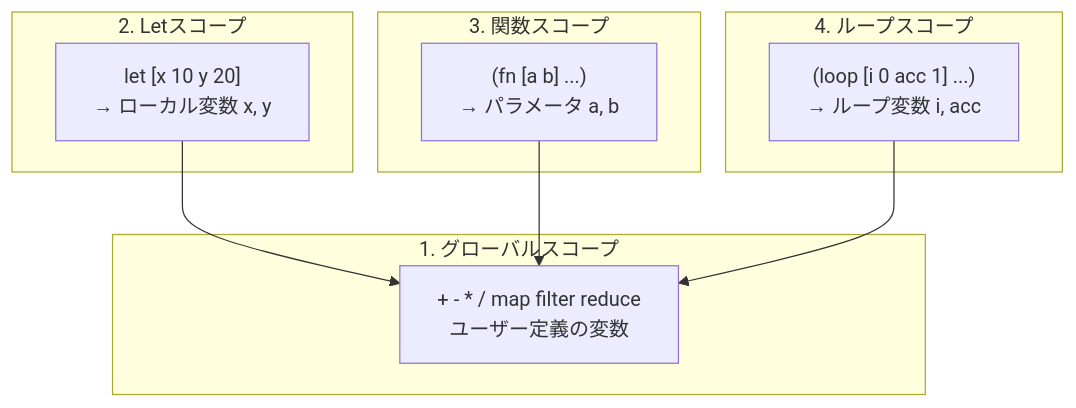
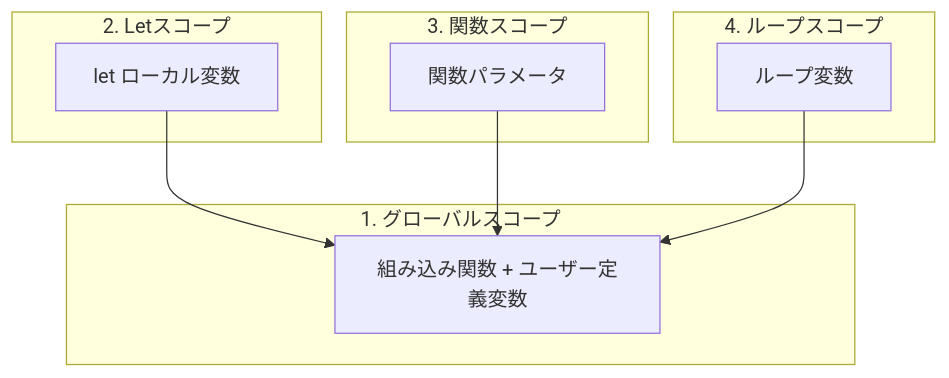
The third of 5 diagrams in learning/impl/05-environment.md (sanohiro/qi-lang), drawn with Mermaid before and after one commit. The commit also changed other lines of this file and 3 other files, not shown here.

First line of the commit message:
fix: Mermaid記法のHTMLタグを削除してGitHub互換性を向上

````diff
--- a/learning/impl/05-environment.md
+++ b/learning/impl/05-environment.md
@@ -215,22 +215,22 @@
 ```mermaid
 graph TD
     subgraph "1. グローバルスコープ"
-        G1["+ - * / map filter reduce<br/>ユーザー定義の変数"]
+        G1["組み込み関数 + ユーザー定義変数"]
     end
 
     subgraph "2. Letスコープ"
-        G2["let [x 10 y 20]<br/>→ ローカル変数 x, y"]
+        G2["let ローカル変数"]
     end
 
     subgraph "3. 関数スコープ"
-        G3["(fn [a b] ...)<br/>→ パラメータ a, b"]
+        G3["関数パラメータ"]
     end
 
     subgraph "4. ループスコープ"
-        G4["(loop [i 0 acc 1] ...)<br/>→ ループ変数 i, acc"]
+        G4["ループ変数"]
     end
 
     G2 --> G1
     G3 --> G1
     G4 --> G1
 ```
````
